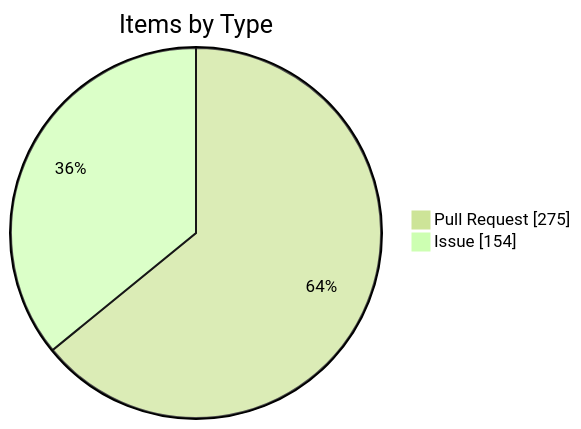
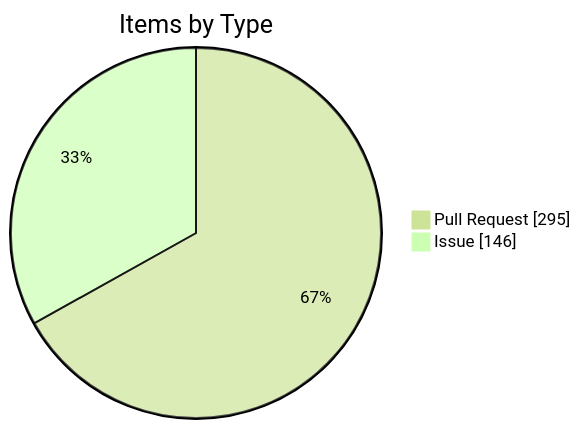
One commit to KBVE/kbve changed the fourth of 4 diagrams in apps/kbve/astro-kbve/src/content/docs/dashboard/kanban-data.mdx. Above: the diagram before and after it, drawn with Mermaid (forest theme). The commit also changed other lines of this file and 8 other files, not shown here.

````diff
--- a/apps/kbve/astro-kbve/src/content/docs/dashboard/kanban-data.mdx
+++ b/apps/kbve/astro-kbve/src/content/docs/dashboard/kanban-data.mdx
@@ -116,6 +116,6 @@
 ```mermaid
 pie showData
     title Items by Type
-    "Pull Request" : 275
-    "Issue" : 154
+    "Pull Request" : 295
+    "Issue" : 146
 ```
````
